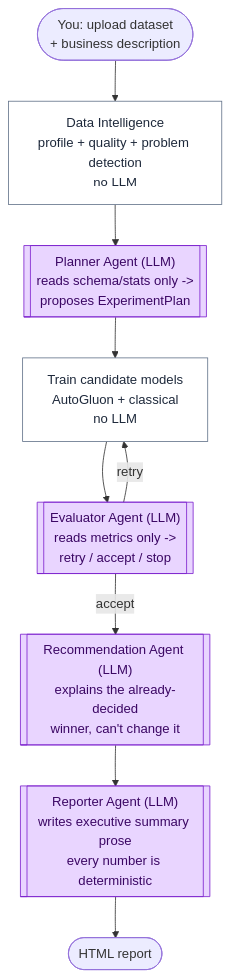
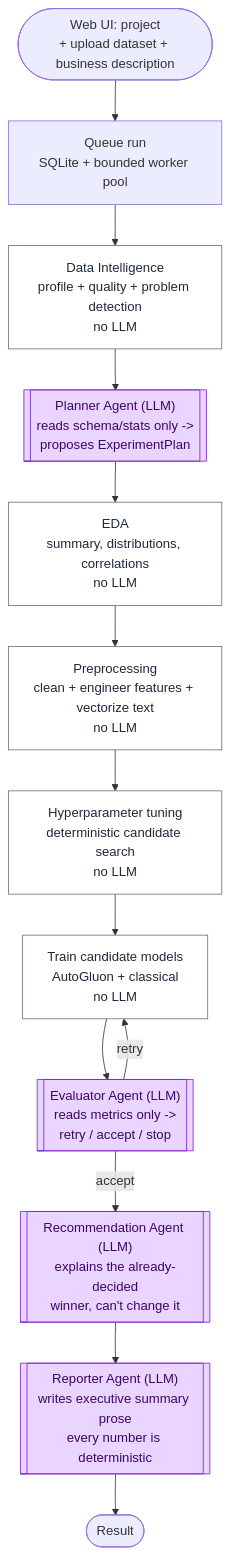
Before and after one commit to harinath187/agentic_ml_automation: the first of 2 diagrams in README.md, drawn with Mermaid. The commit also changed other lines of this file and 20 other files, not shown here.

````diff
--- a/README.md
+++ b/README.md
@@ -64,16 +92,20 @@
 ```mermaid
 flowchart TD
-    U([You: upload dataset\n+ business description]) --> DI[Data Intelligence\nprofile + quality + problem detection\nno LLM]
+    U([Web UI: project\n+ upload dataset + business description]) --> Q[Queue run\nSQLite + bounded worker pool]
+    Q --> DI[Data Intelligence\nprofile + quality + problem detection\nno LLM]
     DI --> PL[["Planner Agent (LLM)\nreads schema/stats only ->\nproposes ExperimentPlan"]]
-    PL --> TR[Train candidate models\nAutoGluon + classical\nno LLM]
+    PL --> ED[EDA\nsummary, distributions, correlations\nno LLM]
+    ED --> PP[Preprocessing\nclean + engineer features + vectorize text\nno LLM]
+    PP --> HT[Hyperparameter tuning\ndeterministic candidate search\nno LLM]
+    HT --> TR[Train candidate models\nAutoGluon + classical\nno LLM]
     TR --> EV[["Evaluator Agent (LLM)\nreads metrics only ->\nretry / accept / stop"]]
     EV -- retry --> TR
     EV -- accept --> RC[["Recommendation Agent (LLM)\nexplains the already-decided\nwinner, can't change it"]]
     RC --> RP[["Reporter Agent (LLM)\nwrites executive summary prose\nevery number is deterministic"]]
-    RP --> OUT([HTML report])
+    RP --> OUT([Result])
 
     classDef llm fill:#e9d5ff,stroke:#7e22ce,color:#3b0764;
     classDef det fill:#ffffff,stroke:#64748b,color:#1e293b;
     class PL,EV,RC,RP llm;
-    class DI,TR det;
+    class DI,ED,PP,HT,TR det;
 ```
````
